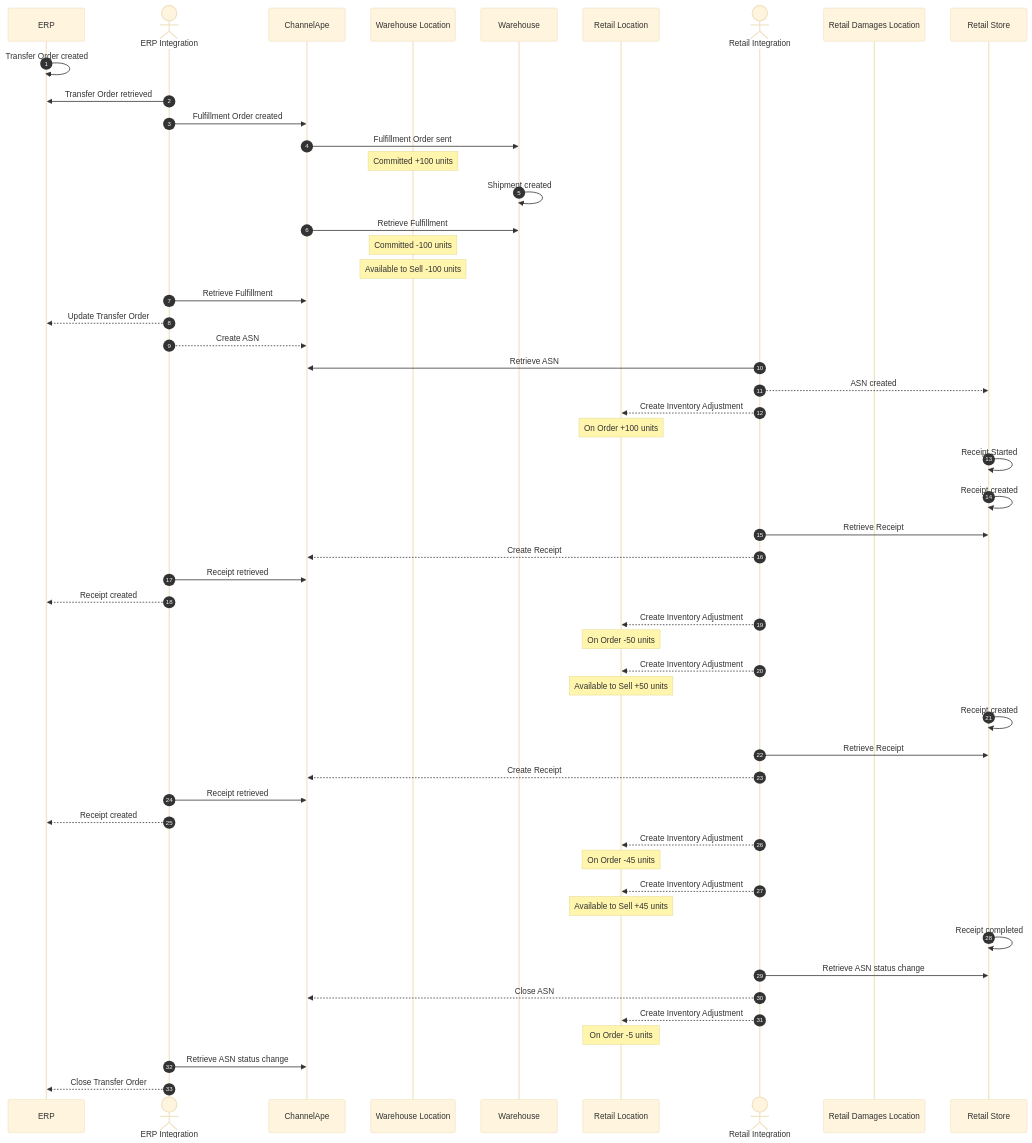
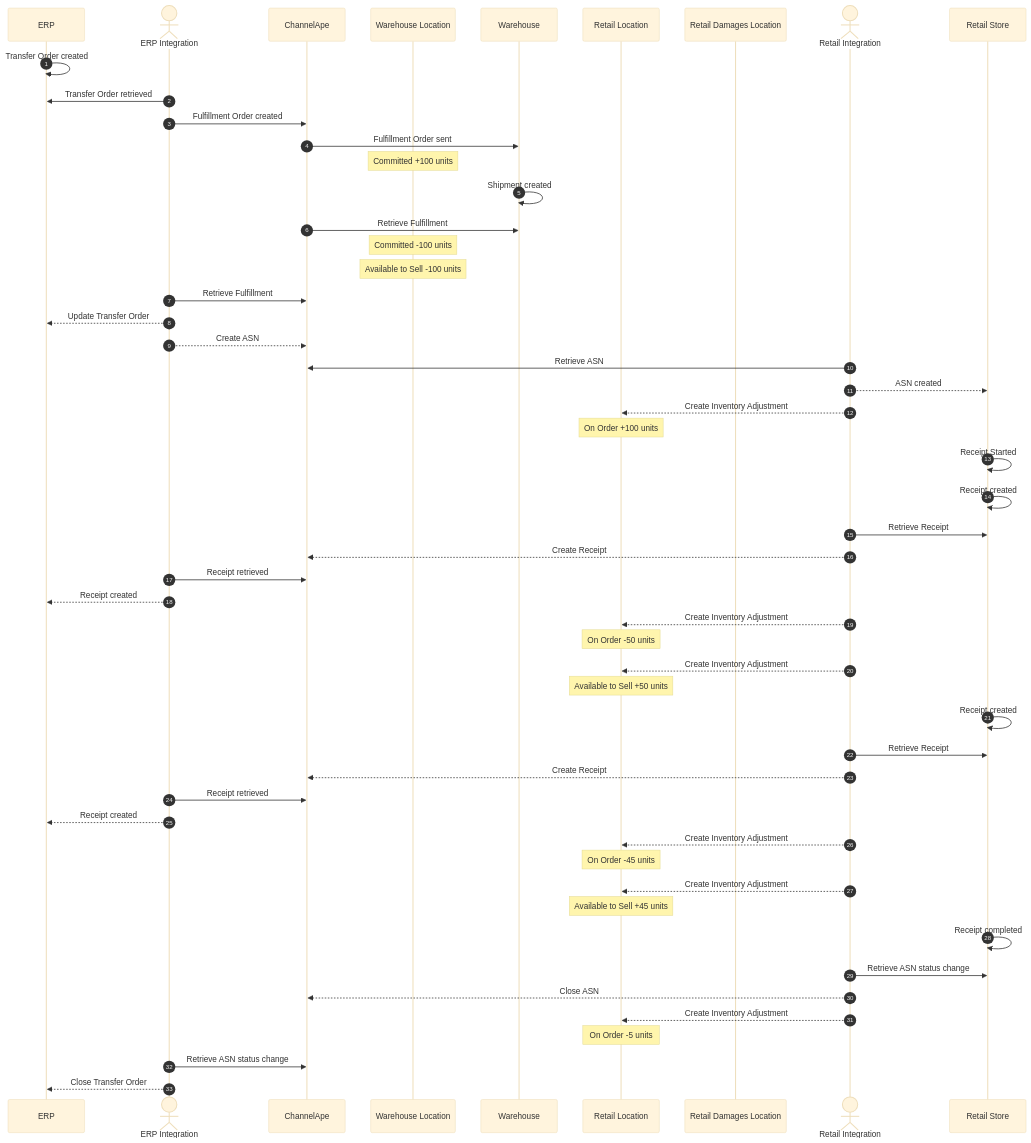
One commit to ChannelApe/channelape-docs changed the third of 6 diagrams in data-flows/transfer-orders/README.md. Above: the diagram before and after it, drawn with Mermaid (base theme). The commit also changed other lines of this file, not shown here.

Commit message:
Moved Retail Damages Location closer to CA

````diff
--- a/data-flows/transfer-orders/README.md
+++ b/data-flows/transfer-orders/README.md
@@ -177,67 +179,67 @@
 ```mermaid
 sequenceDiagram
     autonumber
     participant ERP
     actor ERP Integration
     participant ChannelApe
     participant Warehouse Location
     participant Warehouse
     participant Retail Location
+    participant Retail Damages Location
     actor Retail Integration
-    participant Retail Damages Location
     participant Retail Store
 
     ERP->>ERP: Transfer Order created
 
     ERP Integration->>ERP: Transfer Order retrieved
     ERP Integration->>ChannelApe: Fulfillment Order created
 
     ChannelApe->>Warehouse: Fulfillment Order sent
     note over Warehouse Location: Committed +100 units
     
     Warehouse->>Warehouse: Shipment created
     ChannelApe->>Warehouse: Retrieve Fulfillment
     note over Warehouse Location: Committed -100 units
     note over Warehouse Location: Available to Sell -100 units
 
     ERP Integration->>ChannelApe: Retrieve Fulfillment
     ERP Integration-->>ERP: Update Transfer Order
     ERP Integration-->>ChannelApe: Create ASN
     
     Retail Integration->>ChannelApe: Retrieve ASN
     Retail Integration-->>Retail Store: ASN created
     Retail Integration-->>Retail Location: Create Inventory Adjustment
     note over Retail Location: On Order +100 units
 
     Retail Store->>Retail Store: Receipt Started
 
     Retail Store->>Retail Store: Receipt created
     Retail Integration->>Retail Store: Retrieve Receipt
     Retail Integration-->>ChannelApe: Create Receipt
     ERP Integration->>ChannelApe: Receipt retrieved
     ERP Integration-->>ERP: Receipt created
     Retail Integration-->>Retail Location: Create Inventory Adjustment
     note over Retail Location: On Order -50 units
     Retail Integration-->>Retail Location: Create Inventory Adjustment
     note over Retail Location: Available to Sell +50 units
 
     Retail Store->>Retail Store: Receipt created
     Retail Integration->>Retail Store: Retrieve Receipt
     Retail Integration-->>ChannelApe: Create Receipt
     ERP Integration->>ChannelApe: Receipt retrieved
     ERP Integration-->>ERP: Receipt created
     Retail Integration-->>Retail Location: Create Inventory Adjustment
     note over Retail Location: On Order -45 units
     Retail Integration-->>Retail Location: Create Inventory Adjustment
     note over Retail Location: Available to Sell +45 units
 
     Retail Store->>Retail Store: Receipt completed
 
     Retail Integration->>Retail Store: Retrieve ASN status change
     Retail Integration-->>ChannelApe: Close ASN
     Retail Integration-->>Retail Location: Create Inventory Adjustment
     note over Retail Location: On Order -5 units
 
     ERP Integration->>ChannelApe: Retrieve ASN status change
     ERP Integration-->>ERP: Close Transfer Order
 ```
````
